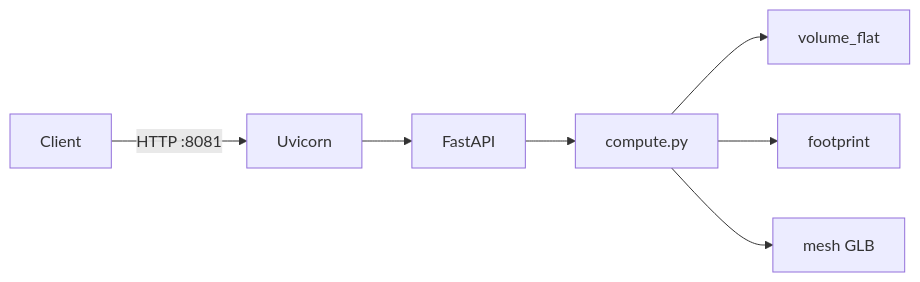
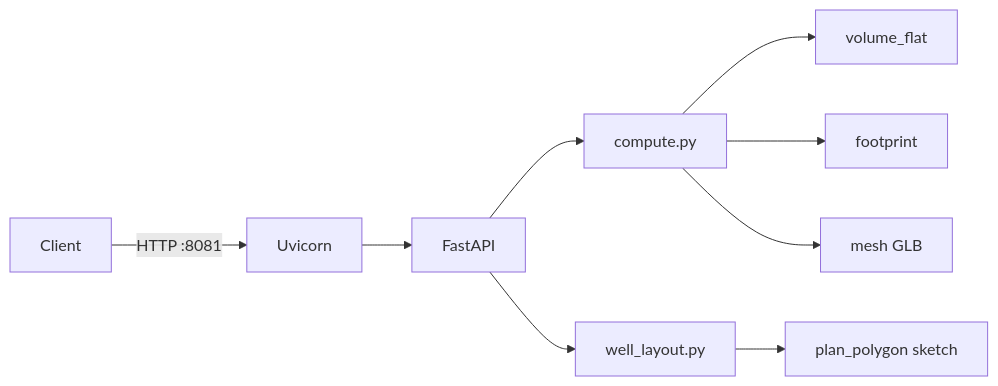
The diagram in pad-earthwork-planner/docs/MICROSERVICE.md (Mekcuka/Scaning), drawn with Mermaid before and after one commit. The commit also changed other lines of this file and 91 other files, not shown here.

````diff
--- a/pad-earthwork-planner/docs/MICROSERVICE.md
+++ b/pad-earthwork-planner/docs/MICROSERVICE.md
@@ -7,9 +7,11 @@
 ```mermaid
 flowchart LR
   Client -->|HTTP :8081| Uvicorn
   Uvicorn --> FastAPI
   FastAPI --> Compute[compute.py]
+  FastAPI --> WellLayout[well_layout.py]
   Compute --> Flat[volume_flat]
   Compute --> Footprint[footprint]
   Compute --> Mesh[mesh GLB]
+  WellLayout --> Polygon[plan_polygon sketch]
 ```
````
